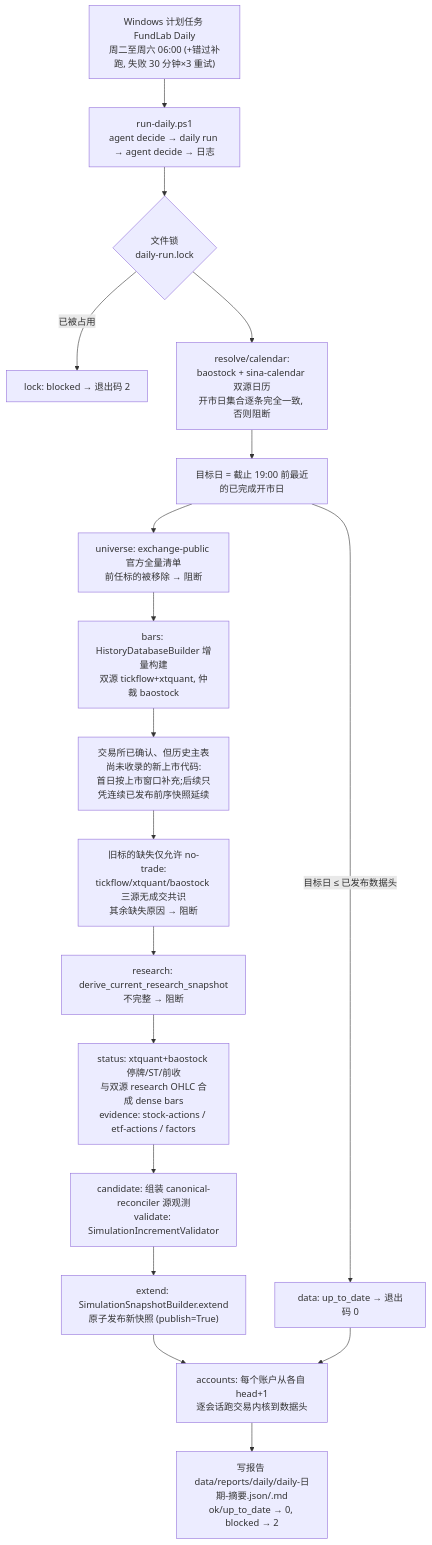
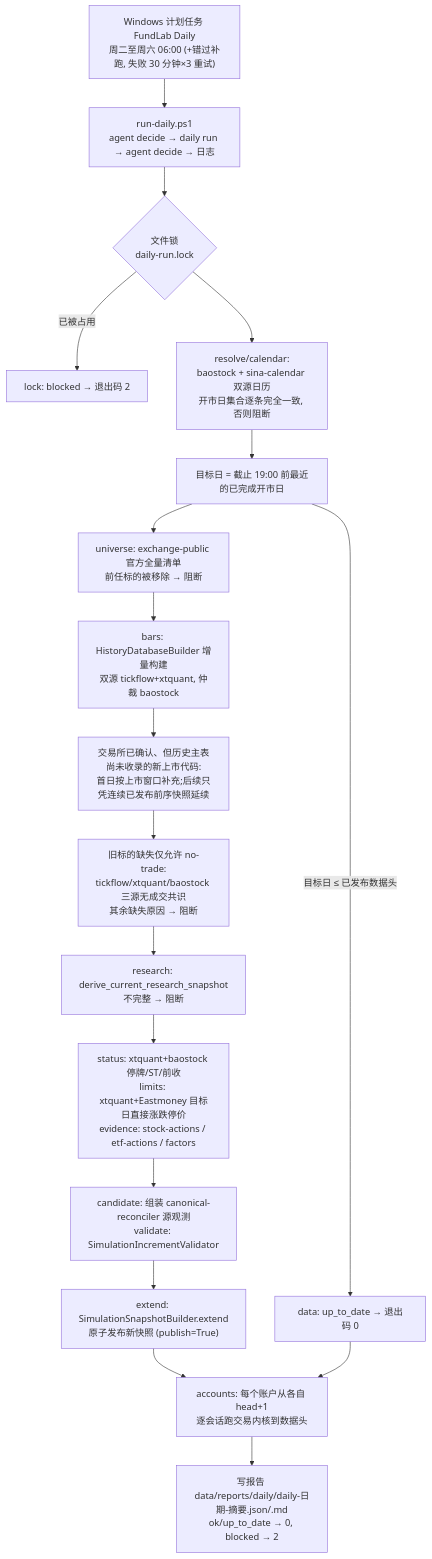
Before and after one commit to zhan7653/miniQMT: the diagram in docs/architecture/03-pipeline-ops.md, drawn with Mermaid. The commit also changed other lines of this file and 6 other files, not shown here.

````diff
--- a/docs/architecture/03-pipeline-ops.md
+++ b/docs/architecture/03-pipeline-ops.md
@@ -34,20 +34,20 @@
 ```mermaid
 flowchart TD
     T["Windows 计划任务 FundLab Daily<br/>周二至周六 06:00 (+错过补跑, 失败 30 分钟×3 重试)"] --> R["run-daily.ps1<br/>agent decide → daily run → agent decide → 日志"]
     R --> L{"文件锁<br/>daily-run.lock"}
     L -- 已被占用 --> B0["lock: blocked → 退出码 2"]
     L --> CAL["resolve/calendar:<br/>baostock + sina-calendar 双源日历<br/>开市日集合逐条完全一致, 否则阻断"]
     CAL --> TGT["目标日 = 截止 19:00 前最近的已完成开市日"]
     TGT -- "目标日 ≤ 已发布数据头" --> UTD["data: up_to_date → 退出码 0"]
     TGT --> U["universe: exchange-public 官方全量清单<br/>前任标的被移除 → 阻断"]
     U --> H["bars: HistoryDatabaseBuilder 增量构建<br/>双源 tickflow+xtquant, 仲裁 baostock"]
     H --> NEW["交易所已确认、但历史主表尚未收录的新上市代码:<br/>首日按上市窗口补充;后续只凭连续已发布前序快照延续"]
     NEW --> NT["旧标的缺失仅允许 no-trade:<br/>tickflow/xtquant/baostock 三源无成交共识<br/>其余缺失原因 → 阻断"]
     NT --> RS["research: derive_current_research_snapshot<br/>不完整 → 阻断"]
-    RS --> SE["status: xtquant+baostock 停牌/ST/前收<br/>与双源 research OHLC 合成 dense bars<br/>evidence: stock-actions / etf-actions / factors"]
+    RS --> SE["status: xtquant+baostock 停牌/ST/前收<br/>limits: xtquant+Eastmoney 目标日直接涨跌停价<br/>evidence: stock-actions / etf-actions / factors"]
     SE --> CV["candidate: 组装 canonical-reconciler 源观测<br/>validate: SimulationIncrementValidator"]
     CV --> EX["extend: SimulationSnapshotBuilder.extend<br/>原子发布新快照 (publish=True)"]
     EX --> AC["accounts: 每个账户从各自 head+1<br/>逐会话跑交易内核到数据头"]
     UTD --> AC
     AC --> RP["写报告 data/reports/daily/daily-日期-摘要.json/.md<br/>ok/up_to_date → 0, blocked → 2"]
 ```
````
